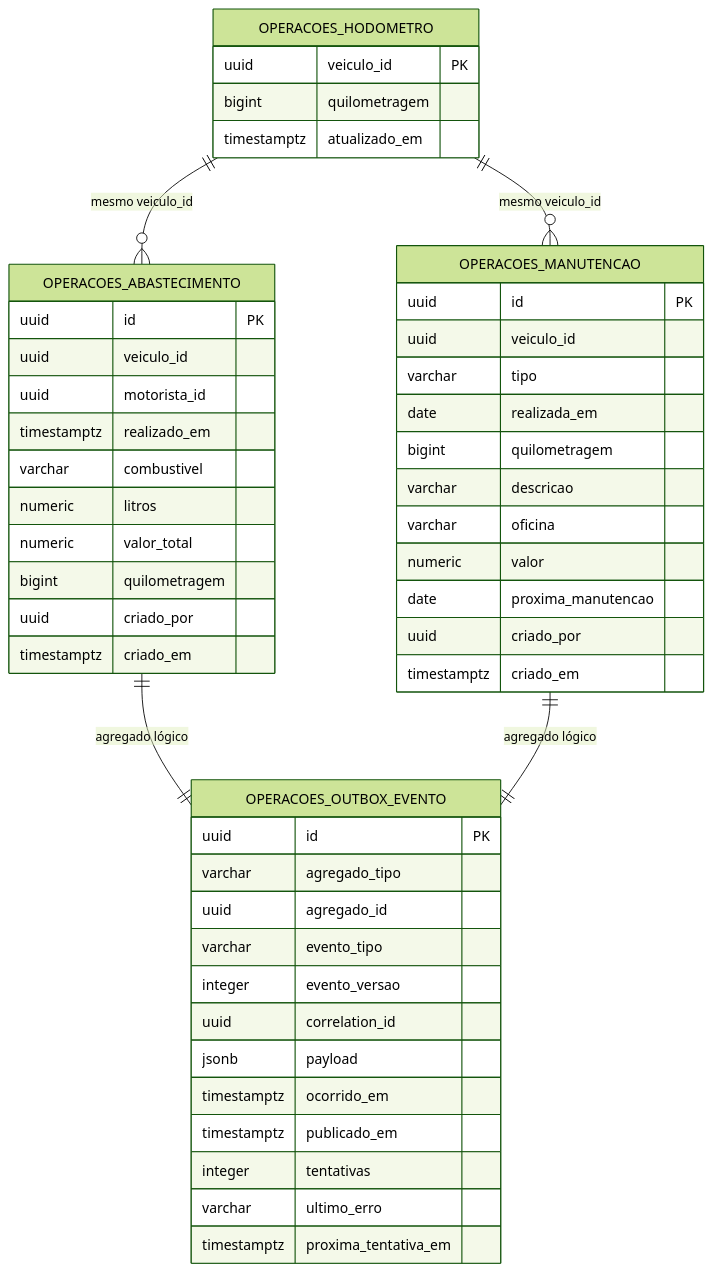
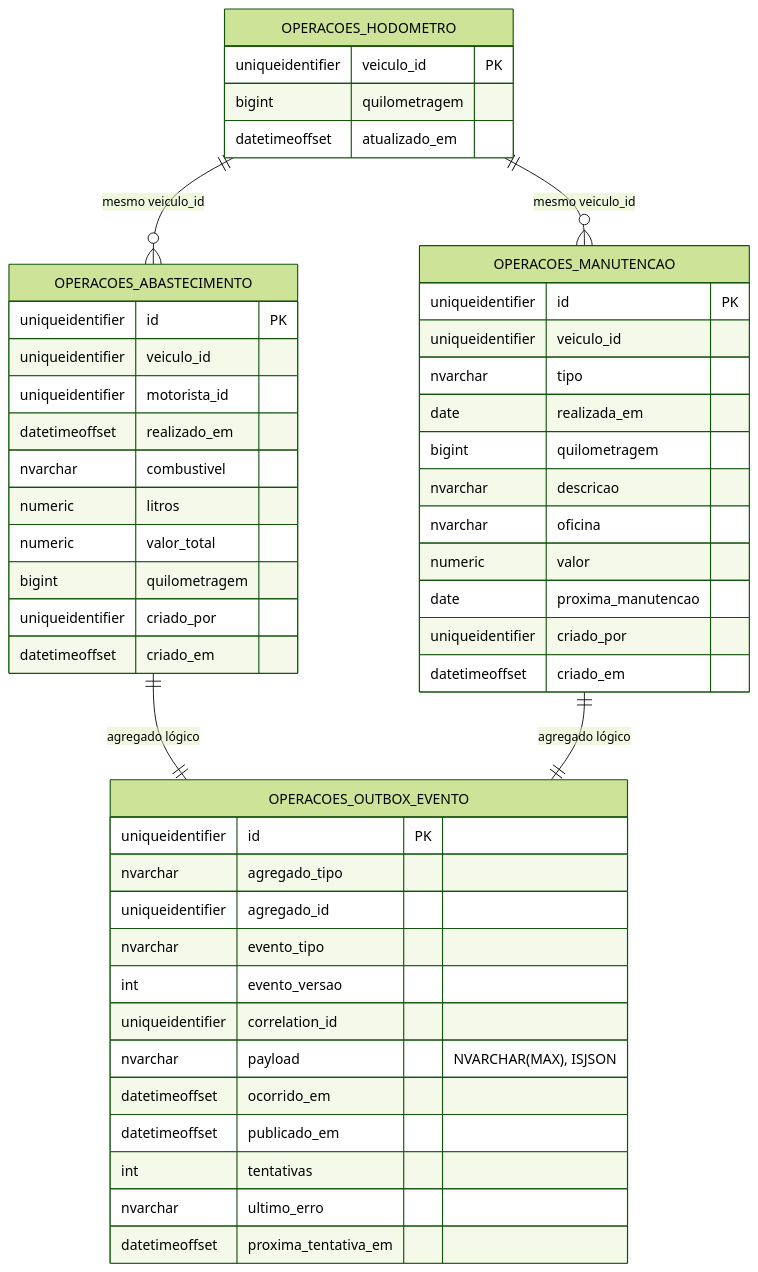
Diagram 12 of 14 in docs/DIAGRAMAS-ARQUITETURA.md (mateusblm/nexfleet), drawn with Mermaid (forest theme) before and after one commit. The commit also changed other lines of this file, not shown here.

Commit message:
Diagramas da v1.0.0: Frota no MongoDB, demais serviços no Azure SQL por schema e visão consolidada

````diff
--- a/docs/DIAGRAMAS-ARQUITETURA.md
+++ b/docs/DIAGRAMAS-ARQUITETURA.md
@@ -399,52 +431,52 @@
 ```mermaid
 erDiagram
   OPERACOES_HODOMETRO ||--o{ OPERACOES_ABASTECIMENTO : "mesmo veiculo_id"
   OPERACOES_ABASTECIMENTO ||--|| OPERACOES_OUTBOX_EVENTO : "agregado lógico"
   OPERACOES_HODOMETRO ||--o{ OPERACOES_MANUTENCAO : "mesmo veiculo_id"
   OPERACOES_MANUTENCAO ||--|| OPERACOES_OUTBOX_EVENTO : "agregado lógico"
 
   OPERACOES_HODOMETRO {
-    uuid veiculo_id PK
+    uniqueidentifier veiculo_id PK
     bigint quilometragem
-    timestamptz atualizado_em
+    datetimeoffset atualizado_em
   }
   OPERACOES_ABASTECIMENTO {
-    uuid id PK
-    uuid veiculo_id
-    uuid motorista_id
-    timestamptz realizado_em
-    varchar combustivel
+    uniqueidentifier id PK
+    uniqueidentifier veiculo_id
+    uniqueidentifier motorista_id
+    datetimeoffset realizado_em
+    nvarchar combustivel
     numeric litros
     numeric valor_total
     bigint quilometragem
-    uuid criado_por
-    timestamptz criado_em
+    uniqueidentifier criado_por
+    datetimeoffset criado_em
   }
   OPERACOES_OUTBOX_EVENTO {
-    uuid id PK
-    varchar agregado_tipo
-    uuid agregado_id
-    varchar evento_tipo
-    integer evento_versao
-    uuid correlation_id
-    jsonb payload
-    timestamptz ocorrido_em
-    timestamptz publicado_em
-    integer tentativas
-    varchar ultimo_erro
-    timestamptz proxima_tentativa_em
+    uniqueidentifier id PK
+    nvarchar agregado_tipo
+    uniqueidentifier agregado_id
+    nvarchar evento_tipo
+    int evento_versao
+    uniqueidentifier correlation_id
+    nvarchar payload "NVARCHAR(MAX), ISJSON"
+    datetimeoffset ocorrido_em
+    datetimeoffset publicado_em
+    int tentativas
+    nvarchar ultimo_erro
+    datetimeoffset proxima_tentativa_em
   }
   OPERACOES_MANUTENCAO {
-    uuid id PK
-    uuid veiculo_id
-    varchar tipo
+    uniqueidentifier id PK
+    uniqueidentifier veiculo_id
+    nvarchar tipo
     date realizada_em
     bigint quilometragem
-    varchar descricao
-    varchar oficina
+    nvarchar descricao
+    nvarchar oficina
     numeric valor
     date proxima_manutencao
-    uuid criado_por
-    timestamptz criado_em
+    uniqueidentifier criado_por
+    datetimeoffset criado_em
   }
 ```
````
